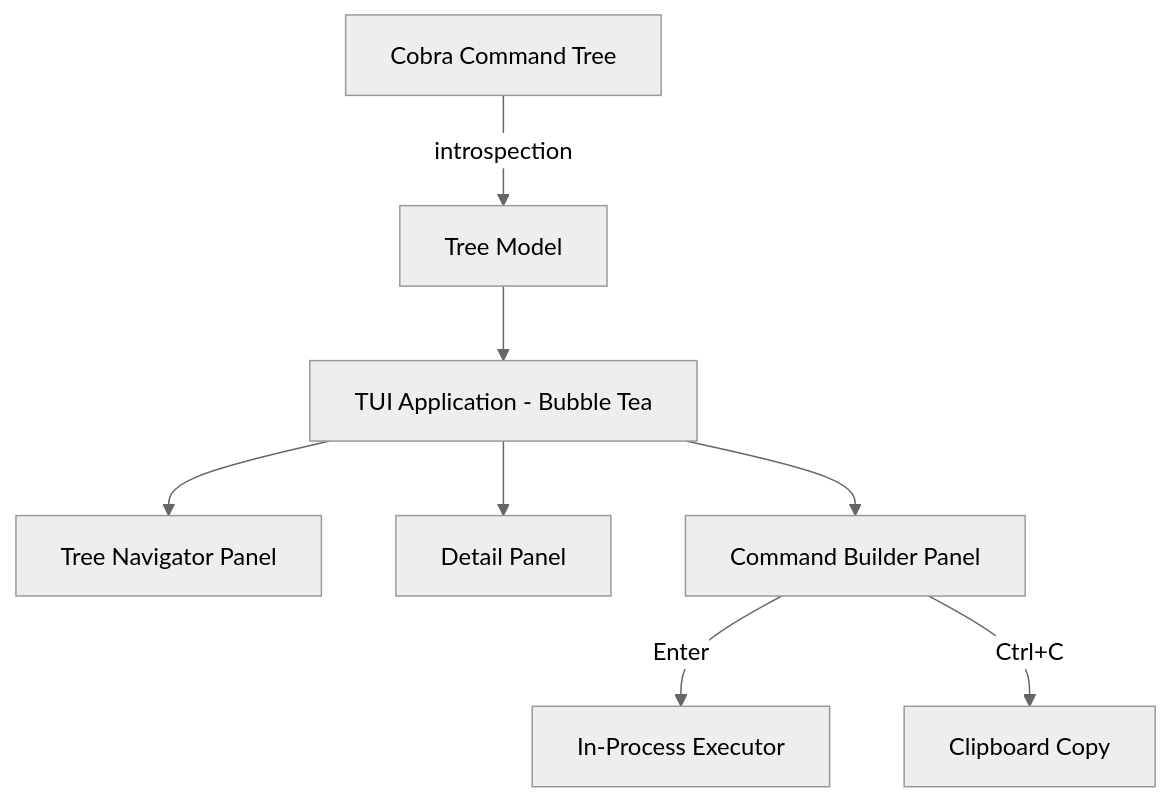
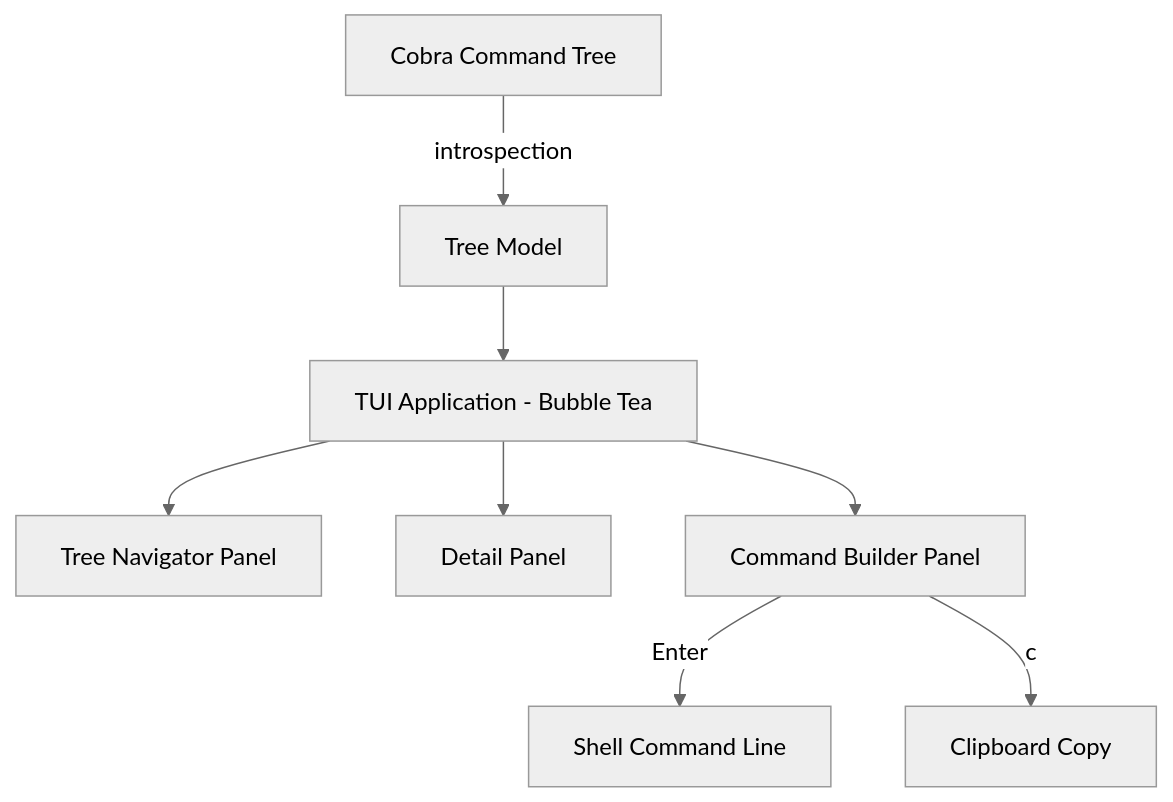
Before and after one commit to oakwood-commons/cobra-explorer: the diagram in README.md, drawn with Mermaid (neutral theme). The commit also changed other lines of this file and 29 other files, not shown here.

````diff
--- a/README.md
+++ b/README.md
@@ -203,10 +200,10 @@
 ```mermaid
 graph TD
     A[Cobra Command Tree] -->|introspection| B[Tree Model]
     B --> C[TUI Application - Bubble Tea]
     C --> D[Tree Navigator Panel]
     C --> E[Detail Panel]
     C --> F[Command Builder Panel]
-    F -->|Enter| G[In-Process Executor]
-    F -->|Ctrl+C| H[Clipboard Copy]
+    F -->|Enter| G[Shell Command Line]
+    F -->|c| H[Clipboard Copy]
 ```
````
